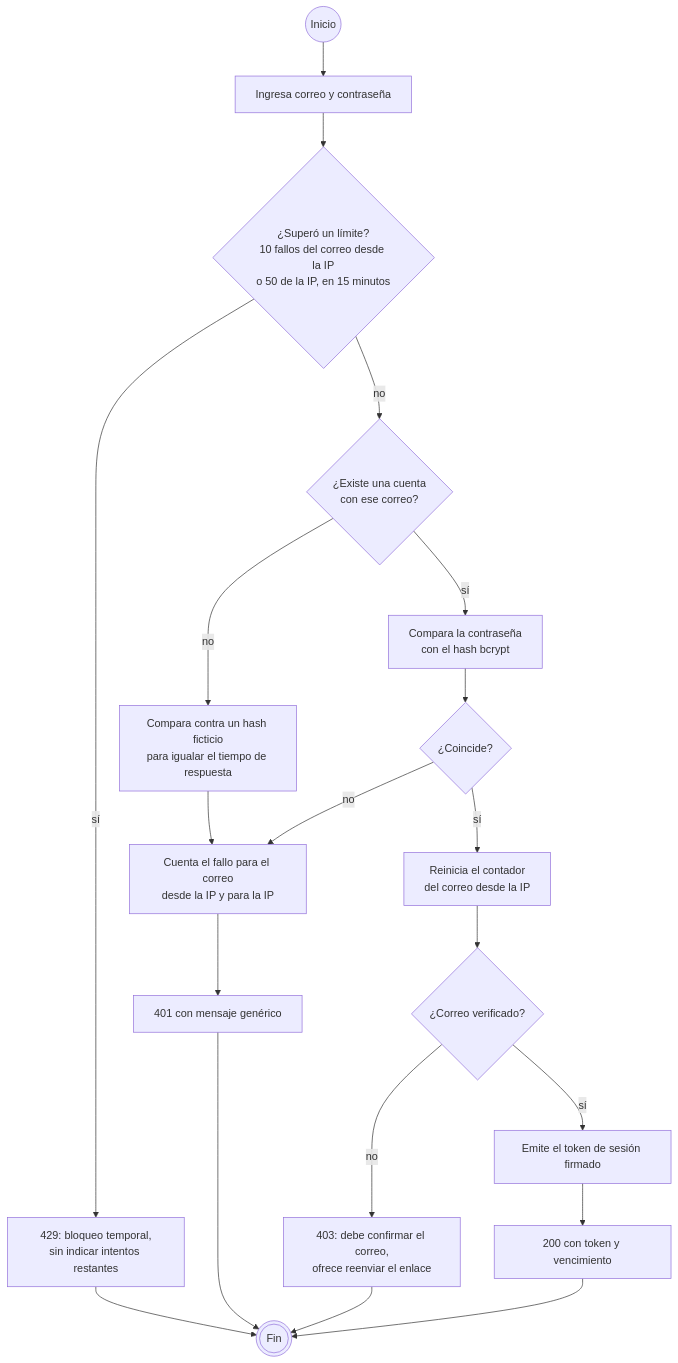
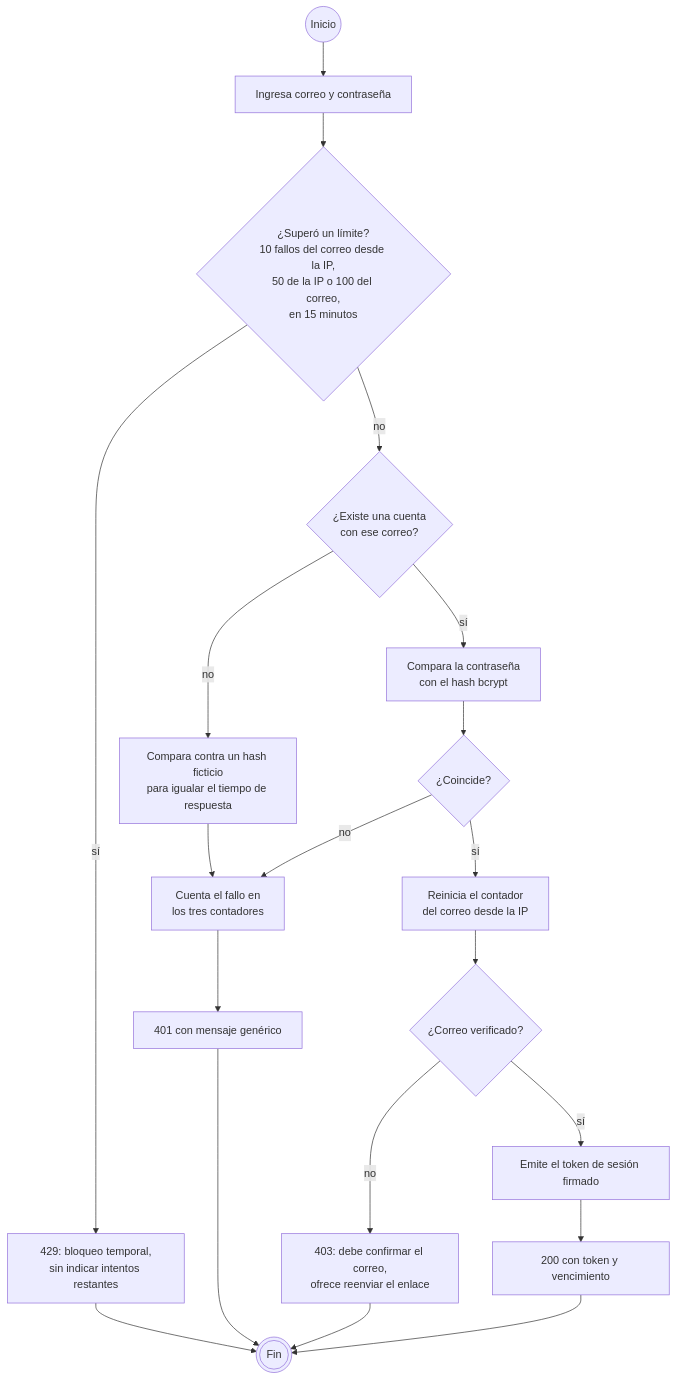
Before and after one commit to patorinaldi/gastos: diagram 12 of 19 in docs/diagramas.md, drawn with Mermaid. The commit also changed other lines of this file and 4 other files, not shown here.

Commit message:
docs: RNF-06 con el limite por correo desde cualquier direccion

````diff
--- a/docs/diagramas.md
+++ b/docs/diagramas.md
@@ -595,23 +596,23 @@
 ```mermaid
 flowchart TD
     INI(("Inicio")) --> A1["Ingresa correo y contraseña"]
-    A1 --> D1{"¿Superó un límite?<br/>10 fallos del correo desde la IP<br/>o 50 de la IP, en 15 minutos"}
+    A1 --> D1{"¿Superó un límite?<br/>10 fallos del correo desde la IP,<br/>50 de la IP o 100 del correo,<br/>en 15 minutos"}
     D1 -->|sí| R429["429: bloqueo temporal,<br/>sin indicar intentos restantes"]
     D1 -->|no| D2{"¿Existe una cuenta<br/>con ese correo?"}
     D2 -->|sí| H1["Compara la contraseña<br/>con el hash bcrypt"]
     D2 -->|no| H2["Compara contra un hash ficticio<br/>para igualar el tiempo de respuesta"]
     H1 --> D3{"¿Coincide?"}
     H2 --> F1
-    D3 -->|no| F1["Cuenta el fallo para el correo<br/>desde la IP y para la IP"]
+    D3 -->|no| F1["Cuenta el fallo en<br/>los tres contadores"]
     F1 --> R401["401 con mensaje genérico"]
     D3 -->|sí| OK1["Reinicia el contador<br/>del correo desde la IP"]
     OK1 --> D4{"¿Correo verificado?"}
     D4 -->|no| R403["403: debe confirmar el correo,<br/>ofrece reenviar el enlace"]
     D4 -->|sí| OK2["Emite el token de sesión firmado"]
     OK2 --> R200["200 con token y vencimiento"]
 
     R429 --> FIN((("Fin")))
     R401 --> FIN
     R403 --> FIN
     R200 --> FIN
 ```
````
